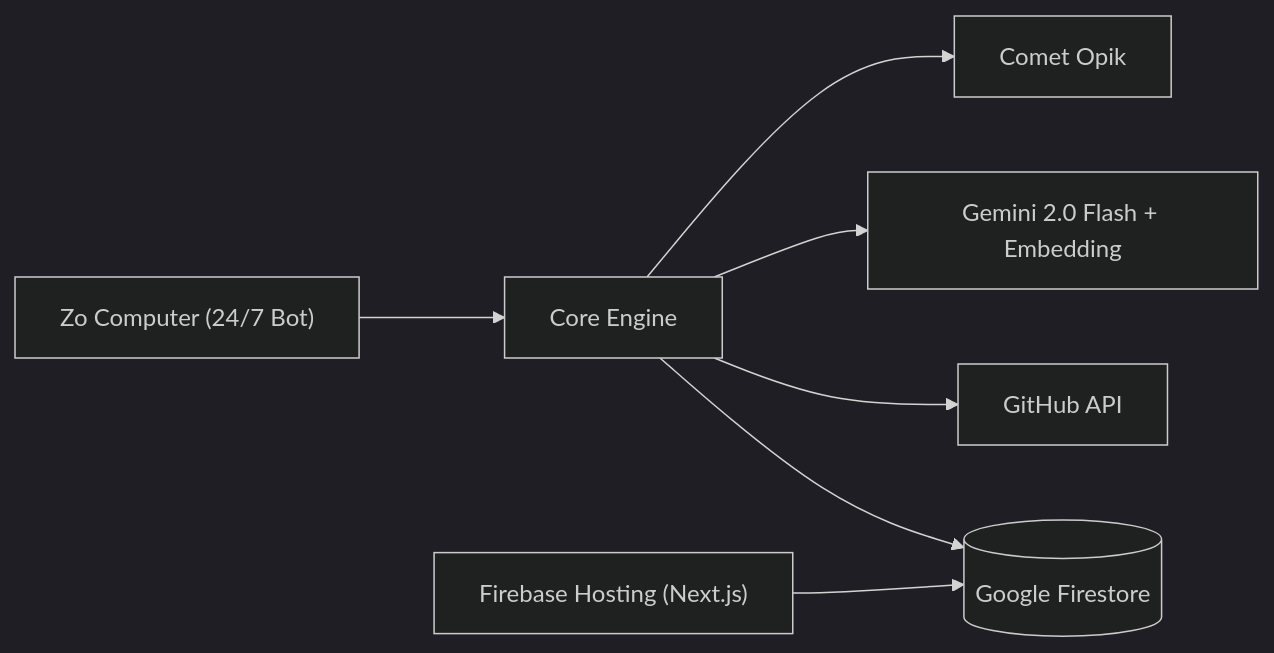
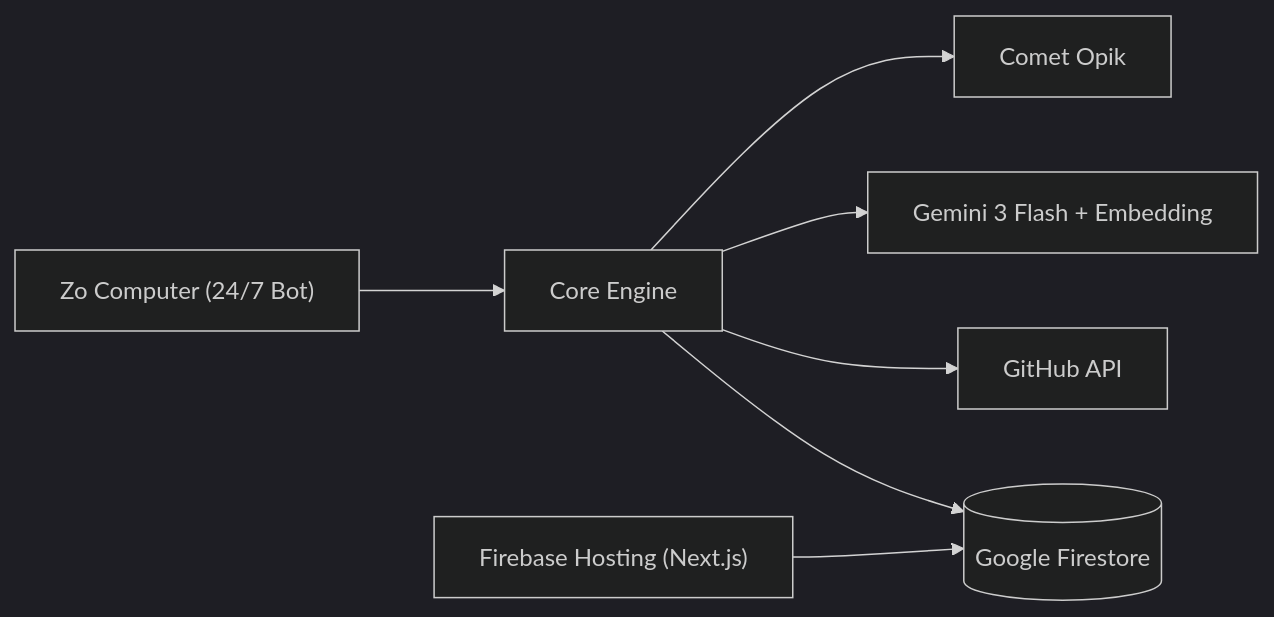
Before and after one commit to nashy3k/momentum-shadow-dev: the second of 2 diagrams in README.md, drawn with Mermaid (dark theme). The commit also changed other lines of this file and 4 other files, not shown here.

Commit message:
chore: upgrade brain to Gemini 3 Flash and sync docs

````diff
--- a/README.md
+++ b/README.md
@@ -181,9 +181,9 @@
 ```mermaid
 flowchart LR
     Zo["Zo Computer (24/7 Bot)"] --> Engine[Core Engine]
     Engine --> Opik[Comet Opik]
-    Engine --> Gemini[Gemini 2.0 Flash + Embedding]
+    Engine --> Gemini[Gemini 3 Flash + Embedding]
     Engine --> GitHub[GitHub API]
     Engine --> DB[(Google Firestore)]
     Dashboard["Firebase Hosting (Next.js)"] --> DB
 ```
````
